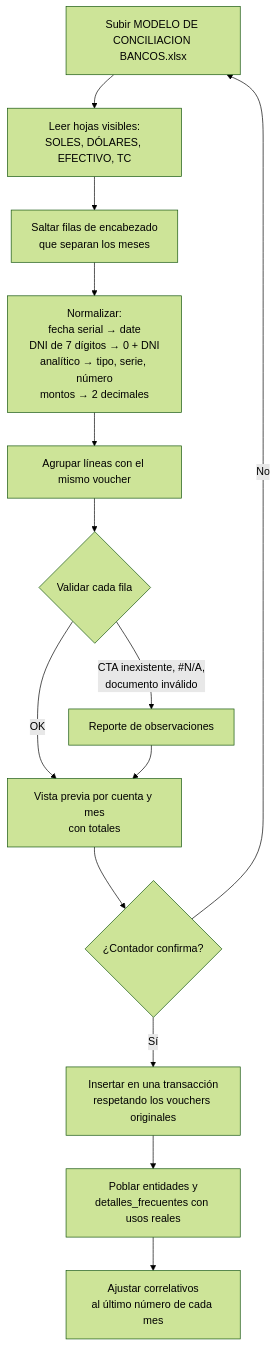
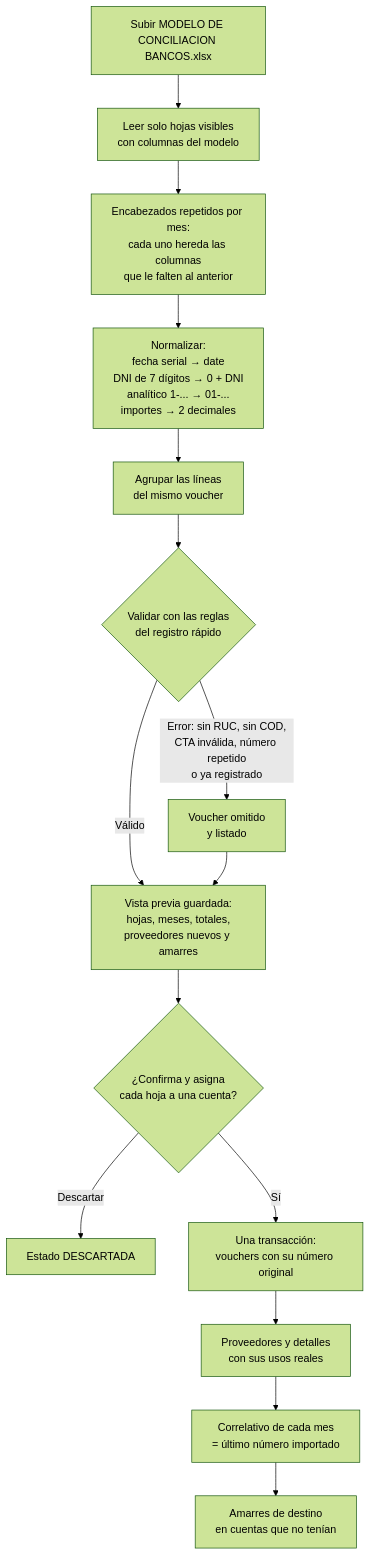
Diagram 16 of 17 in README.md (Jose27luis/conciliacion-bancaria), drawn with Mermaid (forest theme) before and after one commit. The commit also changed other lines of this file, not shown here.

Commit message:
docs: documentar la fase 5 de importación del Excel histórico

````diff
--- a/README.md
+++ b/README.md
@@ -815,16 +821,17 @@
 ```mermaid
 flowchart TD
-    A[Subir MODELO DE CONCILIACION BANCOS.xlsx] --> B[Leer hojas visibles:<br/>SOLES, DÓLARES, EFECTIVO, TC]
-    B --> C[Saltar filas de encabezado<br/>que separan los meses]
-    C --> D[Normalizar:<br/>fecha serial → date<br/>DNI de 7 dígitos → 0 + DNI<br/>analítico → tipo, serie, número<br/>montos → 2 decimales]
-    D --> E[Agrupar líneas con el mismo voucher]
-    E --> F{Validar cada fila}
-    F -->|CTA inexistente, #N/A,<br/>documento inválido| G[Reporte de observaciones]
-    F -->|OK| H[Vista previa por cuenta y mes<br/>con totales]
+    A[Subir MODELO DE CONCILIACION BANCOS.xlsx] --> B[Leer solo hojas visibles<br/>con columnas del modelo]
+    B --> C[Encabezados repetidos por mes:<br/>cada uno hereda las columnas<br/>que le falten al anterior]
+    C --> D[Normalizar:<br/>fecha serial → date<br/>DNI de 7 dígitos → 0 + DNI<br/>analítico 1-... → 01-...<br/>importes → 2 decimales]
+    D --> E[Agrupar las líneas<br/>del mismo voucher]
+    E --> F{Validar con las reglas<br/>del registro rápido}
+    F -->|Error: sin RUC, sin COD,<br/>CTA inválida, número repetido<br/>o ya registrado| G[Voucher omitido<br/>y listado]
+    F -->|Válido| H[Vista previa guardada:<br/>hojas, meses, totales,<br/>proveedores nuevos y amarres]
     G --> H
-    H --> I{¿Contador confirma?}
-    I -->|No| A
-    I -->|Sí| J[Insertar en una transacción<br/>respetando los vouchers originales]
-    J --> K[Poblar entidades y<br/>detalles_frecuentes con usos reales]
-    K --> L[Ajustar correlativos<br/>al último número de cada mes]
+    H --> I{¿Confirma y asigna<br/>cada hoja a una cuenta?}
+    I -->|Descartar| X[Estado DESCARTADA]
+    I -->|Sí| J[Una transacción:<br/>vouchers con su número original]
+    J --> K[Proveedores y detalles<br/>con sus usos reales]
+    K --> L[Correlativo de cada mes<br/>= último número importado]
+    L --> M[Amarres de destino<br/>en cuentas que no tenían]
 ```
````
